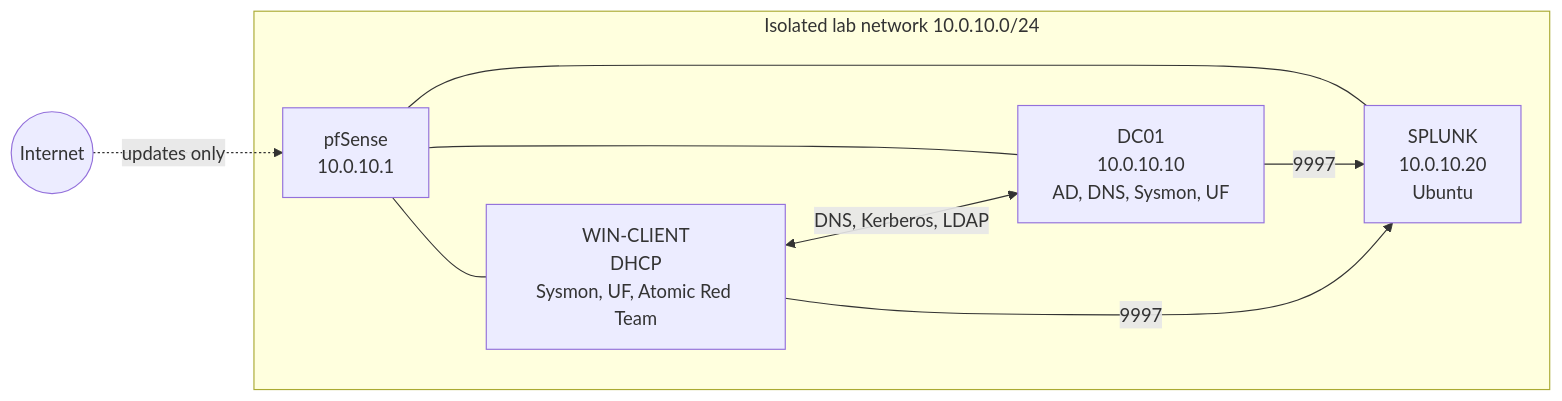
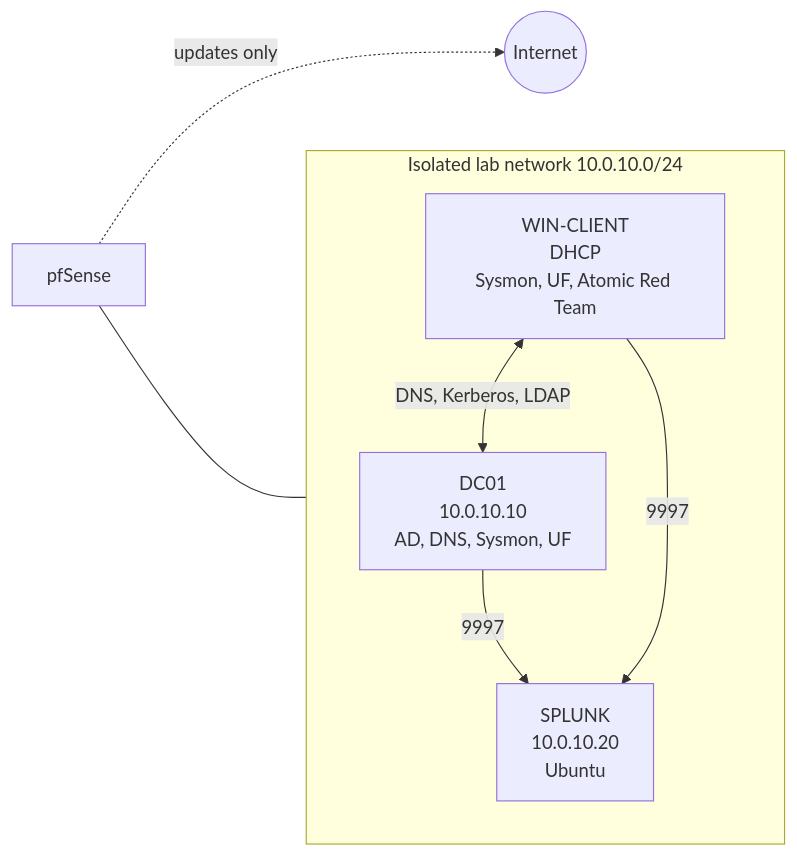
Before and after one commit to WetSoupInc/detection-engineering-lab: the diagram in README.md, drawn with Mermaid.

Commit message:
Revise network diagram and connections in README
Updated network diagram in README to reflect changes in connections and structure.

````diff
--- a/README.md
+++ b/README.md
@@ -30,16 +30,13 @@
 ```mermaid
 flowchart LR
-  NET((Internet)) -.->|updates only| GW
   subgraph Lab["Isolated lab network 10.0.10.0/24"]
-    GW["pfSense<br/>10.0.10.1"]
     DC["DC01<br/>10.0.10.10<br/>AD, DNS, Sysmon, UF"]
     CL["WIN-CLIENT<br/>DHCP<br/>Sysmon, UF, Atomic Red Team"]
     SP["SPLUNK<br/>10.0.10.20<br/>Ubuntu"]
-    GW --- DC
-    GW --- CL
-    GW --- SP
     CL <-->|DNS, Kerberos, LDAP| DC
     DC -->|9997| SP
     CL -->|9997| SP
   end
+  GW["pfSense"] -.->|updates only| NET((Internet))
+  GW --- Lab
 ```
````
